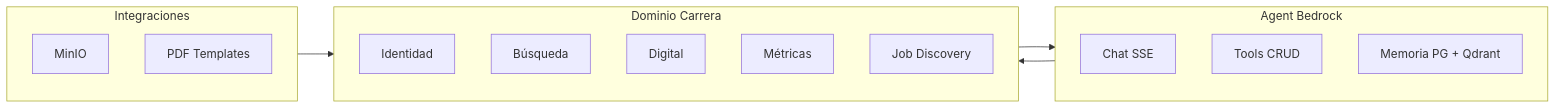
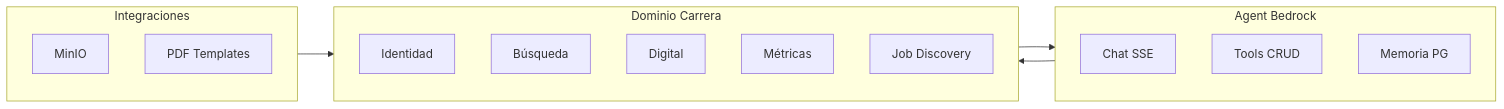
The second of 5 diagrams in cjhirashi-career-api/docs/ARCHITECTURE.md (cjhirashi/cjhirashi-career), drawn with Mermaid before and after one commit. The commit also changed other lines of this file and 81 other files, not shown here.

Commit message:
refactor: retira Qdrant (contenedor, qdrant-client, indexado en escrituras, base de conocimiento, búsqueda semántica y memoria vectorial); docs al día

````diff
--- a/cjhirashi-career-api/docs/ARCHITECTURE.md
+++ b/cjhirashi-career-api/docs/ARCHITECTURE.md
@@ -192,25 +189,25 @@
 ```mermaid
 graph LR
     subgraph Career["Dominio Carrera"]
         ID[Identidad]
         SR[Búsqueda]
         DG[Digital]
         MT[Métricas]
         JD[Job Discovery]
     end
 
     subgraph Agent["Agent Bedrock"]
         Chat[Chat SSE]
         Tools[Tools CRUD]
-        Mem[Memoria PG + Qdrant]
+        Mem[Memoria PG]
     end
 
     subgraph Integrations["Integraciones"]
         Files[MinIO]
         PDF[PDF Templates]
     end
 
     Career --> Agent
     Agent --> Career
     Integrations --> Career
 ```
````
